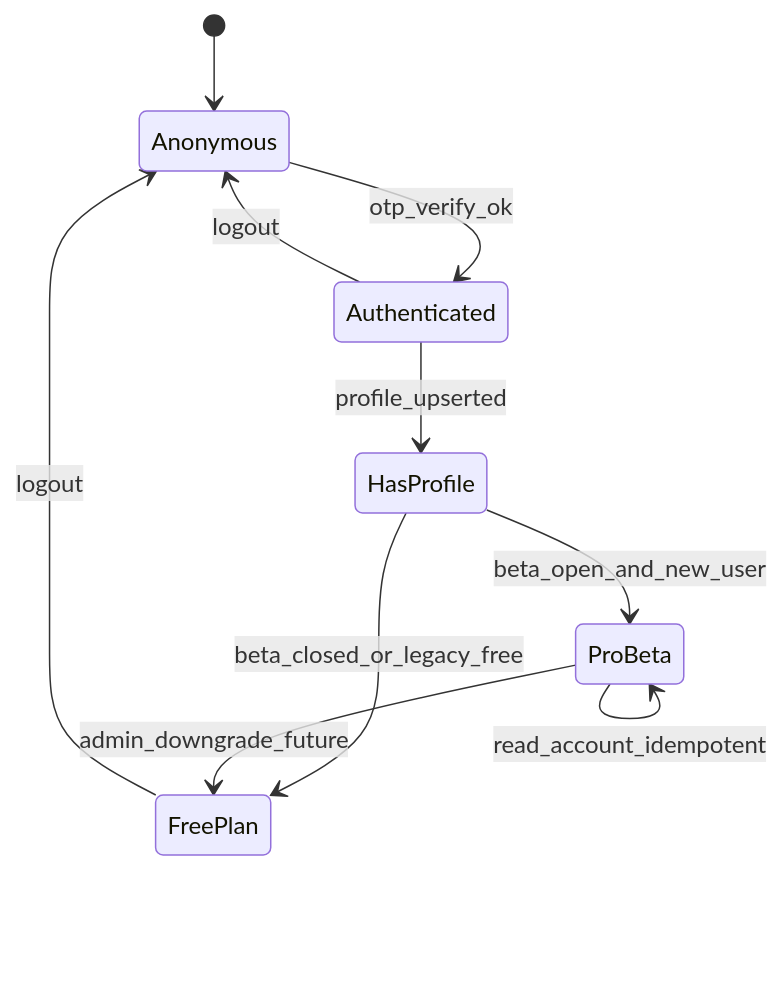
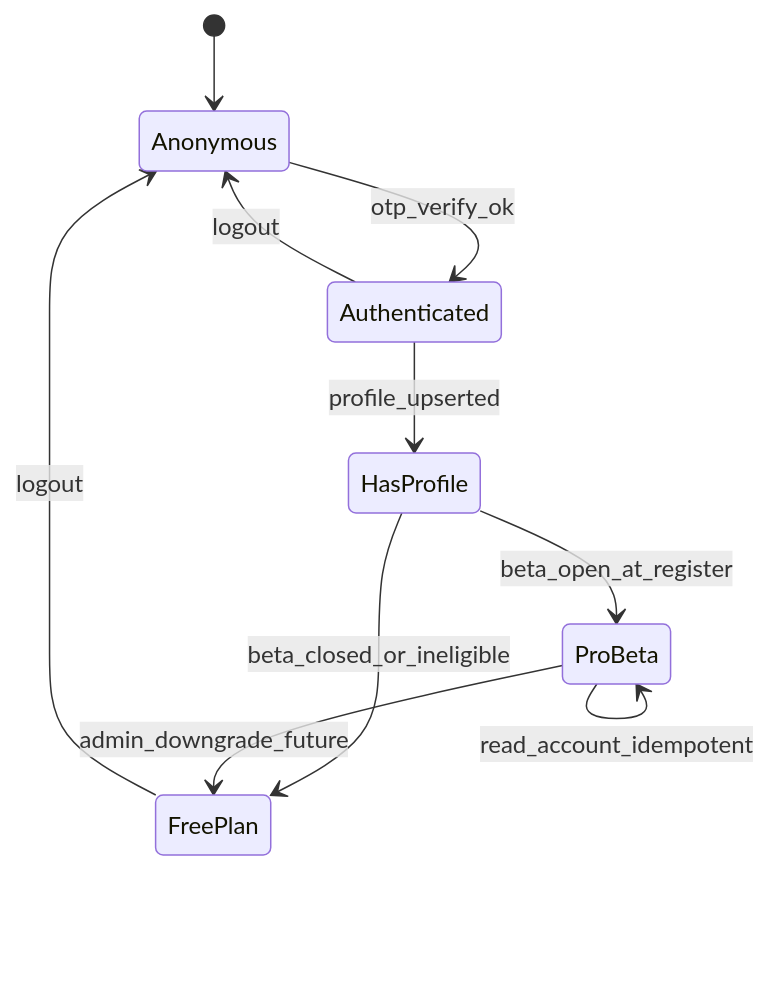
The third of 3 diagrams in specs/features/feat-00001-web-account-center-beta-entitlement.md (0x00pluto/zhiying-media-assistant-web), drawn with Mermaid before and after one commit. The commit also changed other lines of this file and 37 other files, not shown here.

````diff
--- a/specs/features/feat-00001-web-account-center-beta-entitlement.md
+++ b/specs/features/feat-00001-web-account-center-beta-entitlement.md
@@ -136,12 +142,12 @@
 ```mermaid
 stateDiagram-v2
   [*] --> Anonymous
   Anonymous --> Authenticated: otp_verify_ok
   Authenticated --> HasProfile: profile_upserted
-  HasProfile --> ProBeta: beta_open_and_new_user
-  HasProfile --> FreePlan: beta_closed_or_legacy_free
+  HasProfile --> ProBeta: beta_open_at_register
+  HasProfile --> FreePlan: beta_closed_or_ineligible
   ProBeta --> FreePlan: admin_downgrade_future
   ProBeta --> ProBeta: read_account_idempotent
   Authenticated --> Anonymous: logout
   FreePlan --> Anonymous: logout
 ```
````
